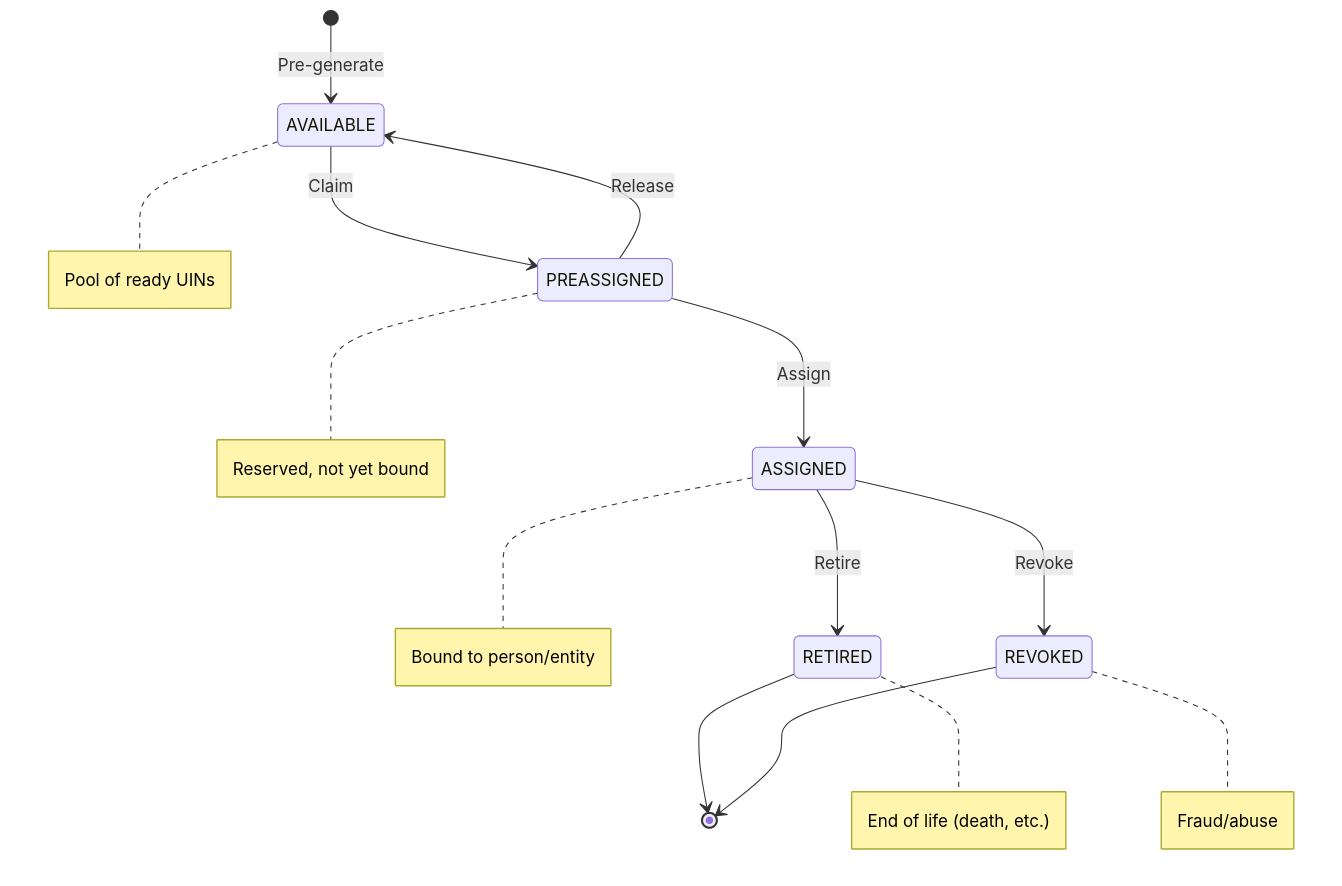
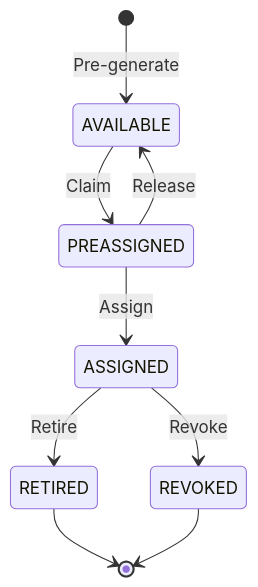
The third of 5 diagrams in README.md (tunjidurodola/osia_uin_generator), drawn with Mermaid before and after one commit. The commit also changed other lines of this file and 3 other files, not shown here.

````diff
--- a/README.md
+++ b/README.md
@@ -257,20 +396,11 @@
 ```mermaid
 stateDiagram-v2
     [*] --> AVAILABLE: Pre-generate
-
     AVAILABLE --> PREASSIGNED: Claim
     PREASSIGNED --> AVAILABLE: Release
     PREASSIGNED --> ASSIGNED: Assign
-
     ASSIGNED --> RETIRED: Retire
     ASSIGNED --> REVOKED: Revoke
-
     RETIRED --> [*]
     REVOKED --> [*]
-
-    note right of AVAILABLE: Pool of ready UINs
-    note right of PREASSIGNED: Reserved, not yet bound
-    note right of ASSIGNED: Bound to person/entity
-    note right of RETIRED: End of life (death, etc.)
-    note right of REVOKED: Fraud/abuse
 ```
````
